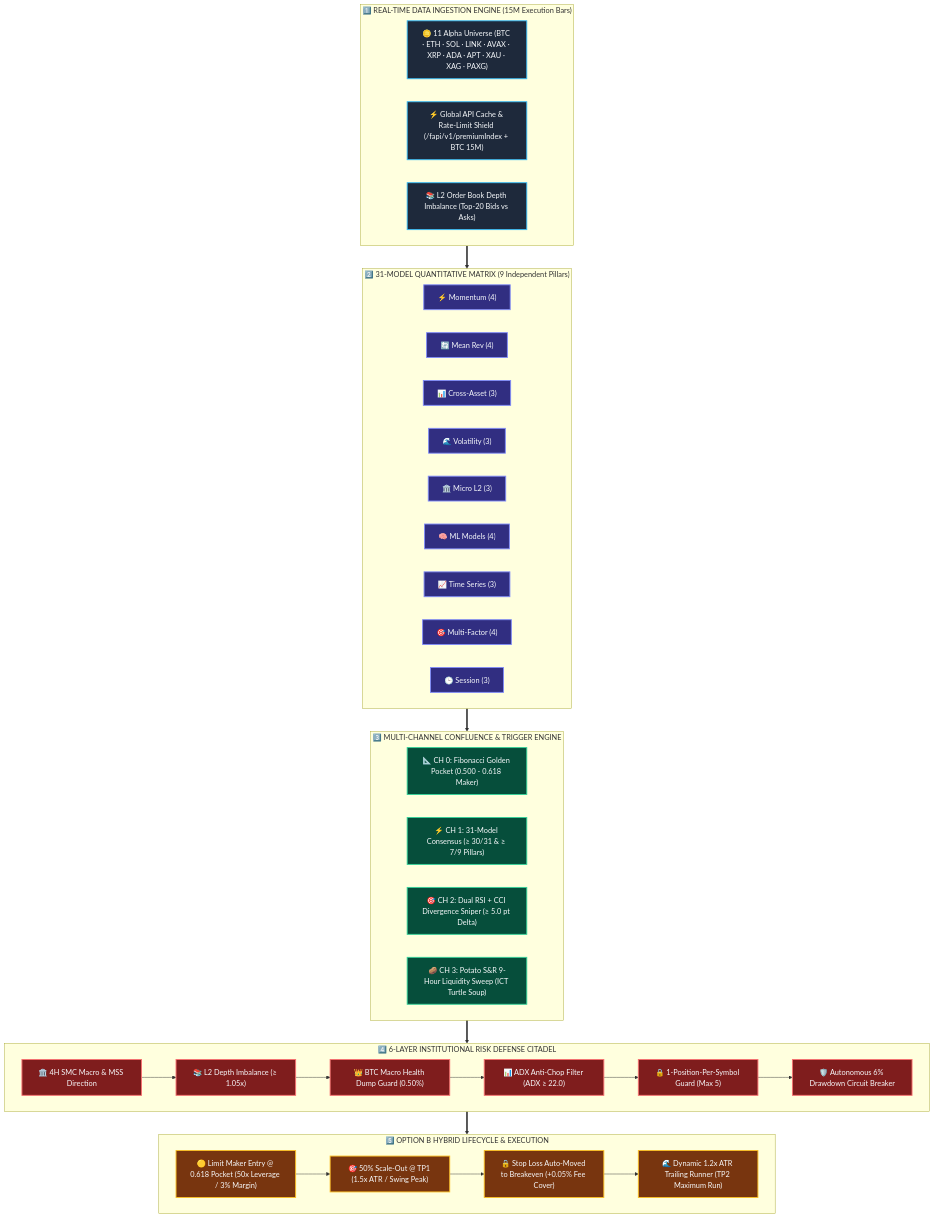
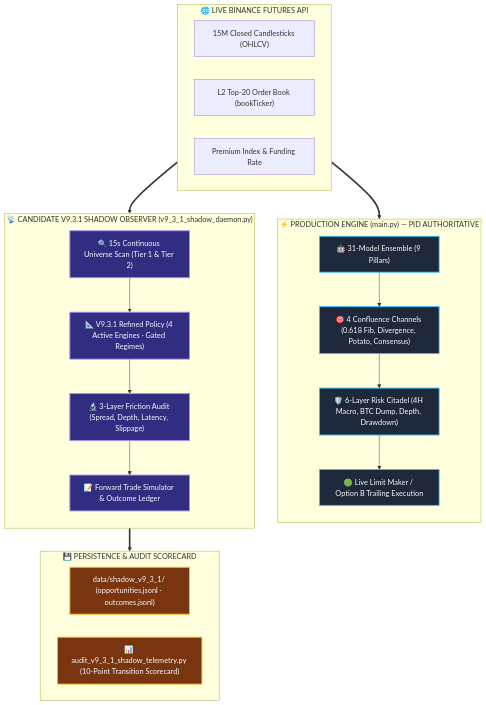
One commit to charom11/Atlas-Bot changed the first of 2 diagrams in README.md. Above: the diagram before and after it, drawn with Mermaid. The commit also changed other lines of this file, not shown here.

Commit message:
docs: update README with V9.3.1 shadow observer and laptop deployment suite

````diff
--- a/README.md
+++ b/README.md
@@ -45,60 +47,44 @@
 ```mermaid
 flowchart TD
-    classDef ingest fill:#1E293B,stroke:#38BDF8,stroke-width:2px,color:#F8FAFC;
-    classDef matrix fill:#312E81,stroke:#818CF8,stroke-width:2px,color:#F8FAFC;
-    classDef route fill:#064E3B,stroke:#34D399,stroke-width:2px,color:#F8FAFC;
-    classDef gates fill:#7F1D1D,stroke:#F87171,stroke-width:2px,color:#F8FAFC;
-    classDef exec fill:#78350F,stroke:#FBBF24,stroke-width:2px,color:#F8FAFC;
+    classDef live fill:#1E293B,stroke:#38BDF8,stroke-width:2px,color:#F8FAFC;
+    classDef shadow fill:#312E81,stroke:#A78BFA,stroke-width:2px,color:#F8FAFC;
+    classDef gate fill:#7F1D1D,stroke:#F87171,stroke-width:2px,color:#F8FAFC;
+    classDef exec fill:#064E3B,stroke:#34D399,stroke-width:2px,color:#F8FAFC;
+    classDef telemetry fill:#78350F,stroke:#FBBF24,stroke-width:2px,color:#F8FAFC;
 
-    subgraph INGEST["1️⃣ REAL-TIME DATA INGESTION ENGINE (15M Execution Bars)"]
-        D1["🪙 11 Alpha Universe (BTC · ETH · SOL · LINK · AVAX · XRP · ADA · APT · XAU · XAG · PAXG)"]
-        D2["⚡ Global API Cache & Rate-Limit Shield (/fapi/v1/premiumIndex + BTC 15M)"]
-        D3["📚 L2 Order Book Depth Imbalance (Top-20 Bids vs Asks)"]
+    subgraph BINANCE["🌐 LIVE BINANCE FUTURES API"]
+        K15["15M Closed Candlesticks (OHLCV)"]
+        BOOK["L2 Top-20 Order Book (bookTicker)"]
+        FUND["Premium Index & Funding Rate"]
     end
-    class INGEST,D1,D2,D3 ingest;
 
-    subgraph MATRIX["2️⃣ 31-MODEL QUANTITATIVE MATRIX (9 Independent Pillars)"]
-        direction LR
-        P1["⚡ Momentum (4)"]
-        P2["🔄 Mean Rev (4)"]
-        P3["📊 Cross-Asset (3)"]
-        P4["🌊 Volatility (3)"]
-        P5["🏛️ Micro L2 (3)"]
-        P6["🧠 ML Models (4)"]
-        P7["📈 Time Series (3)"]
-        P8["🎯 Multi-Factor (4)"]
-        P9["🕒 Session (3)"]
+    subgraph ENGINE_LIVE["⚡ PRODUCTION ENGINE (main.py) — PID AUTHORITATIVE"]
+        direction TB
+        M31["🤖 31-Model Ensemble (9 Pillars)"]
+        CH4["🎯 4 Confluence Channels (0.618 Fib, Divergence, Potato, Consensus)"]
+        CIT6["🛡️ 6-Layer Risk Citadel (4H Macro, BTC Dump, Depth, Drawdown)"]
+        EXEC_LIVE["🟢 Live Limit Maker / Option B Trailing Execution"]
+        M31 --> CH4 --> CIT6 --> EXEC_LIVE
     end
-    class MATRIX,P1,P2,P3,P4,P5,P6,P7,P8,P9 matrix;
+    class ENGINE_LIVE,M31,CH4,CIT6,EXEC_LIVE live;
 
-    subgraph ROUTING["3️⃣ MULTI-CHANNEL CONFLUENCE & TRIGGER ENGINE"]
-        CH0["📐 CH 0: Fibonacci Golden Pocket (0.500 - 0.618 Maker)"]
-        CH1["⚡ CH 1: 31-Model Consensus (≥ 30/31 & ≥ 7/9 Pillars)"]
-        CH2["🎯 CH 2: Dual RSI + CCI Divergence Sniper (≥ 5.0 pt Delta)"]
-        CH3["🥔 CH 3: Potato S&R 9-Hour Liquidity Sweep (ICT Turtle Soup)"]
+    subgraph ENGINE_SHADOW["📡 CANDIDATE V9.3.1 SHADOW OBSERVER (v9_3_1_shadow_daemon.py)"]
+        direction TB
+        S_SCAN["🔍 15s Continuous Universe Scan (Tier 1 & Tier 2)"]
+        S_POLICY["📐 V9.3.1 Refined Policy (4 Active Engines · Gated Regimes)"]
+        S_AUDIT["🔬 3-Layer Friction Audit (Spread, Depth, Latency, Slippage)"]
+        S_TRACK["📝 Forward Trade Simulator & Outcome Ledger"]
+        S_SCAN --> S_POLICY --> S_AUDIT --> S_TRACK
     end
-    class ROUTING,CH0,CH1,CH2,CH3 route;
+    class ENGINE_SHADOW,S_SCAN,S_POLICY,S_AUDIT,S_TRACK shadow;
 
-    subgraph GATES["4️⃣ 6-LAYER INSTITUTIONAL RISK DEFENSE CITADEL"]
-        G1["🏛️ 4H SMC Macro & MSS Direction"] --> G2["📚 L2 Depth Imbalance (≥ 1.05x)"]
-        G2 --> G3["👑 BTC Macro Health Dump Guard (0.50%)"]
-        G3 --> G4["📊 ADX Anti-Chop Filter (ADX ≥ 22.0)"]
-        G4 --> G5["🔒 1-Position-Per-Symbol Guard (Max 5)"]
-        G5 --> G6["🛡️ Autonomous 6% Drawdown Circuit Breaker"]
+    subgraph STORAGE["💾 PERSISTENCE & AUDIT SCORECARD"]
+        DATA_SHADOW["data/shadow_v9_3_1/ (opportunities.jsonl · outcomes.jsonl)"]
+        CLI_AUDIT["📊 audit_v9_3_1_shadow_telemetry.py (10-Point Transition Scorecard)"]
     end
-    class GATES,G1,G2,G3,G4,G5,G6 gates;
+    class STORAGE,DATA_SHADOW,CLI_AUDIT telemetry;
 
-    subgraph EXEC["5️⃣ OPTION B HYBRID LIFECYCLE & EXECUTION"]
-        E1["🟡 Limit Maker Entry @ 0.618 Pocket (50x Leverage / 3% Margin)"]
-        E2["🎯 50% Scale-Out @ TP1 (1.5x ATR / Swing Peak)"]
-        E3["🔒 Stop Loss Auto-Moved to Breakeven (+0.05% Fee Cover)"]
-        E4["🌊 Dynamic 1.2x ATR Trailing Runner (TP2 Maximum Run)"]
-        E1 --> E2 --> E3 --> E4
-    end
-    class EXEC,E1,E2,E3,E4 exec;
-
-    INGEST ==> MATRIX
-    MATRIX ==> ROUTING
-    ROUTING ==> GATES
-    GATES ==> EXEC
+    BINANCE ==> ENGINE_LIVE
+    BINANCE ==> ENGINE_SHADOW
+    ENGINE_SHADOW ==> STORAGE
 ```
````
